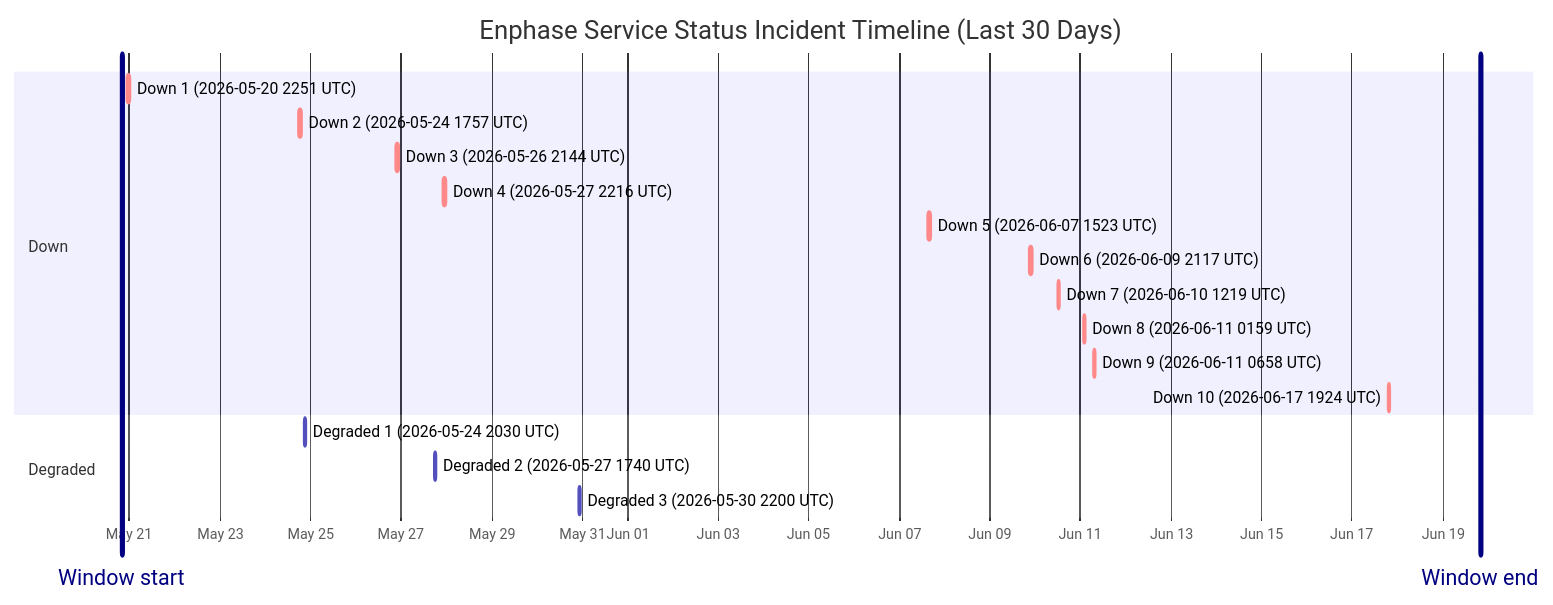
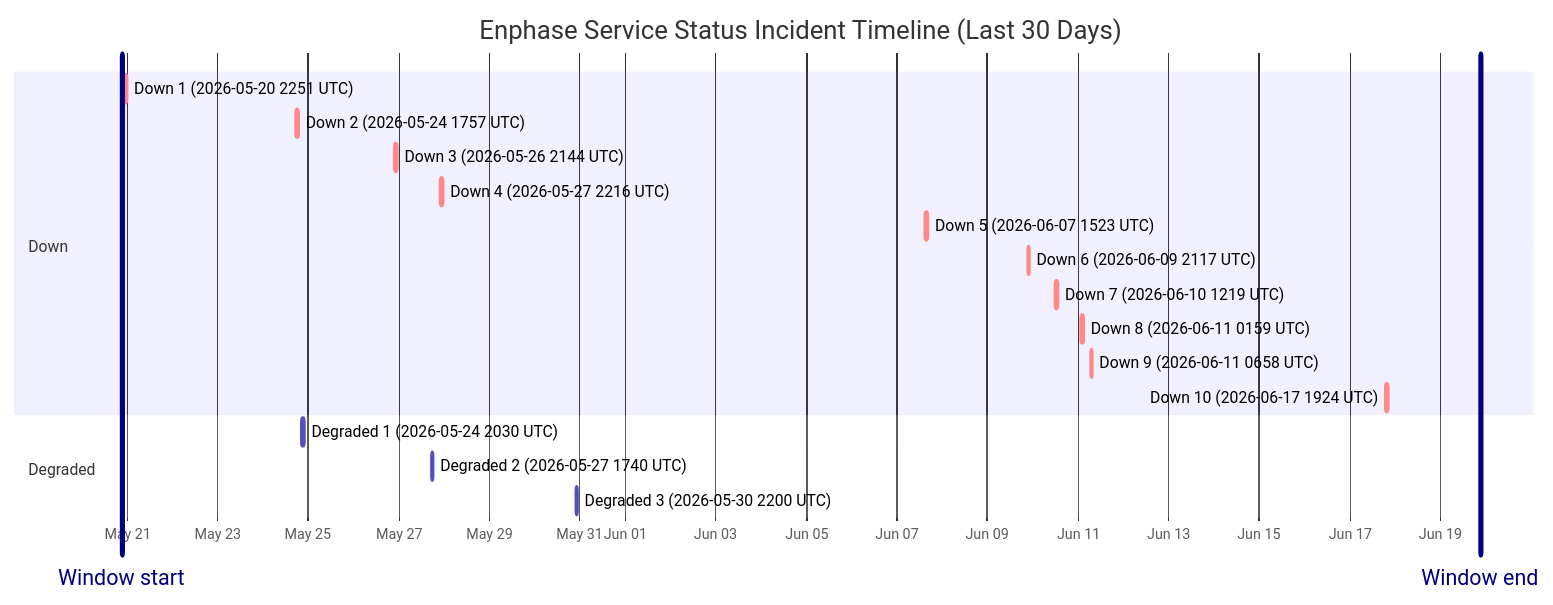
The diagram in wiki/Service-Status-History.md (barneyonline/ha-enphase-energy), drawn with Mermaid before and after one commit. The commit also changed other lines of this file and 3 other files, not shown here.

````diff
--- a/wiki/Service-Status-History.md
+++ b/wiki/Service-Status-History.md
@@ -14,23 +14,23 @@
 ```mermaid
 gantt
     title Enphase Service Status Incident Timeline (Last 30 Days)
     dateFormat  YYYY-MM-DDTHH:mm:ss
     axisFormat  %b %d
-    Window start :vert, window-start, 2026-05-20T19:51:08, 0ms
-    Window end :vert, window-end, 2026-06-19T19:51:08, 0ms
+    Window start :vert, window-start, 2026-05-20T21:09:13, 0ms
+    Window end :vert, window-end, 2026-06-19T21:09:13, 0ms
     section Down
     Down 1 (2026-05-20 2251 UTC) :crit, down-1, 2026-05-20T22:51:14, 75m
     Down 2 (2026-05-24 1757 UTC) :crit, down-2, 2026-05-24T17:57:41, 86m
     Down 3 (2026-05-26 2144 UTC) :crit, down-3, 2026-05-26T21:44:11, 85m
     Down 4 (2026-05-27 2216 UTC) :crit, down-4, 2026-05-27T22:16:53, 87m
     Down 5 (2026-06-07 1523 UTC) :crit, down-5, 2026-06-07T15:23:22, 87m
     Down 6 (2026-06-09 2117 UTC) :crit, down-6, 2026-06-09T21:17:17, 60m
     Down 7 (2026-06-10 1219 UTC) :crit, down-7, 2026-06-10T12:19:21, 60m
     Down 8 (2026-06-11 0159 UTC) :crit, down-8, 2026-06-11T01:59:36, 60m
     Down 9 (2026-06-11 0658 UTC) :crit, down-9, 2026-06-11T06:58:45, 60m
     Down 10 (2026-06-17 1924 UTC) :crit, down-10, 2026-06-17T19:24:51, 60m
     section Degraded
     Degraded 1 (2026-05-24 2030 UTC) :active, degraded-1, 2026-05-24T20:30:57, 84m
     Degraded 2 (2026-05-27 1740 UTC) :active, degraded-2, 2026-05-27T17:40:52, 60m
     Degraded 3 (2026-05-30 2200 UTC) :active, degraded-3, 2026-05-30T22:00:37, 60m
 ```
````
